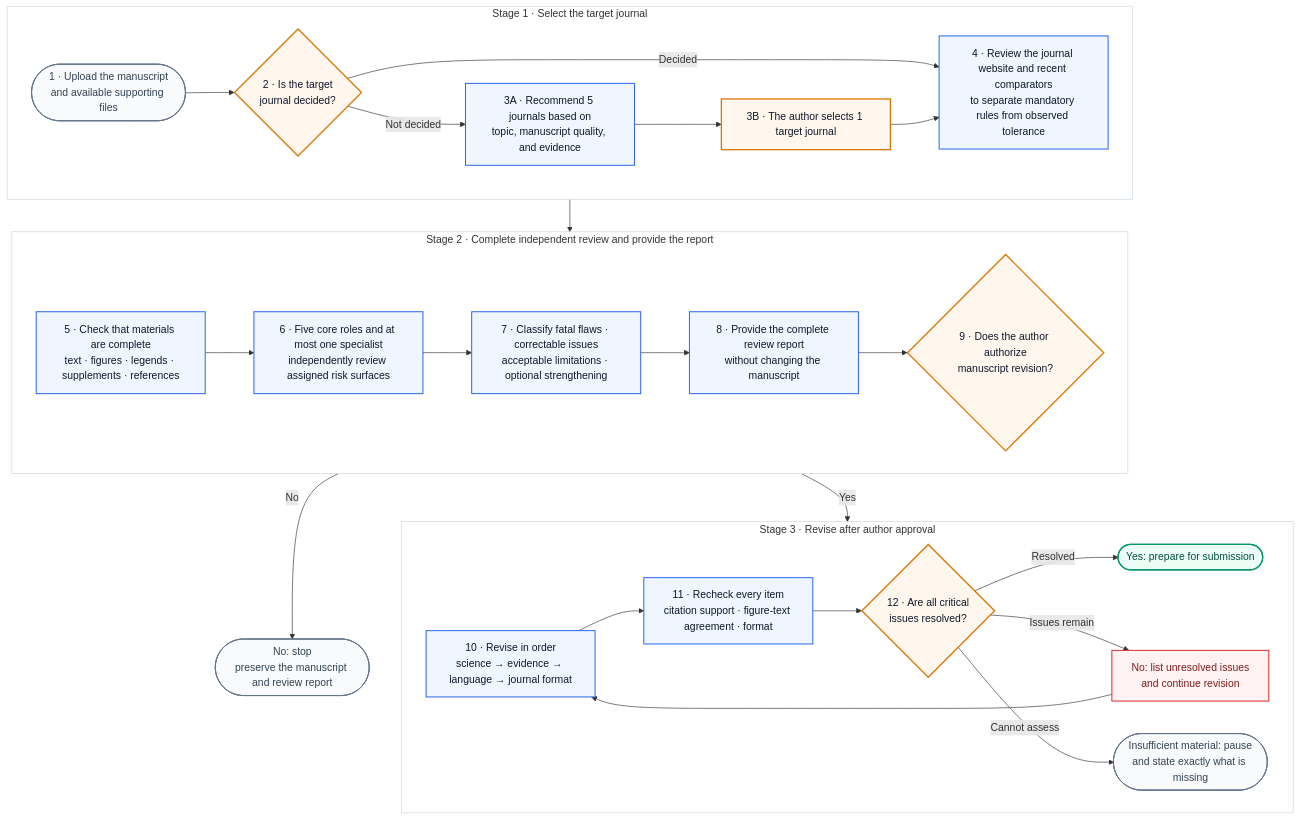
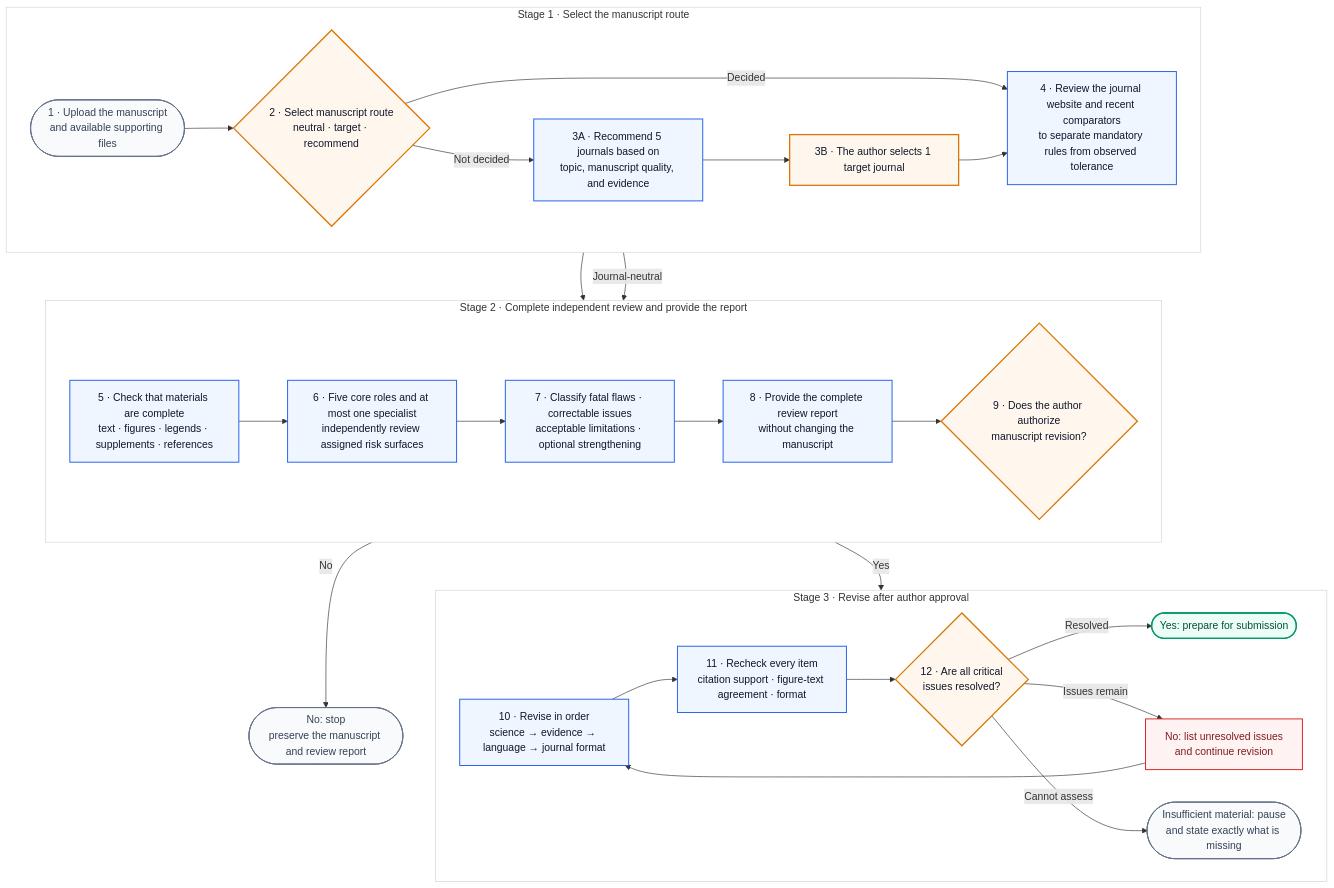
Before and after one commit to Jameslxr/manuscript-review-revision-skill: the diagram in README_EN.md, drawn with Mermaid. The commit also changed other lines of this file and 21 other files, not shown here.

First line of the commit message:
Add journal-neutral manuscript route (#16)

````diff
--- a/README_EN.md
+++ b/README_EN.md
@@ -65,58 +64,59 @@
 ```mermaid
 flowchart TB
     START(["1 · Upload the manuscript<br/>and available supporting files"])
-    TARGET{"2 · Is the target<br/>journal decided?"}
+    TARGET{"2 · Select manuscript route<br/>neutral · target · recommend"}
     REC["3A · Recommend 5 journals based on<br/>topic, manuscript quality, and evidence"]
     PICK["3B · The author selects 1 target journal"]
     RULES["4 · Review the journal website and recent comparators<br/>to separate mandatory rules from observed tolerance"]
     CHECK["5 · Check that materials are complete<br/>text · figures · legends · supplements · references"]
     REVIEW["6 · Five core roles and at most one specialist<br/>independently review assigned risk surfaces"]
     SUMMARY["7 · Classify fatal flaws · correctable issues<br/>acceptable limitations · optional strengthening"]
     REPORT["8 · Provide the complete review report<br/>without changing the manuscript"]
     AUTH{"9 · Does the author authorize<br/>manuscript revision?"}
     STOP(["No: stop<br/>preserve the manuscript and review report"])
     REVISE["10 · Revise in order<br/>science → evidence → language → journal format"]
     VERIFY["11 · Recheck every item<br/>citation support · figure-text agreement · format"]
     READY{"12 · Are all critical<br/>issues resolved?"}
     PASS(["Yes: prepare for submission"])
     RETURN["No: list unresolved issues<br/>and continue revision"]
     MISSING(["Insufficient material: pause<br/>and state exactly what is missing"])
 
-    subgraph S1["Stage 1 · Select the target journal"]
+    subgraph S1["Stage 1 · Select the manuscript route"]
         direction LR
         START --> TARGET
         TARGET -- "Decided" --> RULES
         TARGET -- "Not decided" --> REC --> PICK --> RULES
     end
 
     subgraph S2["Stage 2 · Complete independent review and provide the report"]
         direction LR
         CHECK --> REVIEW --> SUMMARY --> REPORT --> AUTH
     end
 
     subgraph S3["Stage 3 · Revise after author approval"]
         direction LR
         REVISE --> VERIFY --> READY
         READY -- "Resolved" --> PASS
         READY -- "Issues remain" --> RETURN --> REVISE
         READY -- "Cannot assess" --> MISSING
     end
 
     RULES --> CHECK
+    TARGET -- "Journal-neutral" --> CHECK
     AUTH -- "No" --> STOP
     AUTH -- "Yes" --> REVISE
 
     classDef user fill:#FFF7ED,stroke:#D97706,stroke-width:2px,color:#0F172A;
     classDef skill fill:#EFF6FF,stroke:#2563EB,stroke-width:1.5px,color:#0F172A;
     classDef success fill:#ECFDF5,stroke:#059669,stroke-width:2px,color:#064E3B;
     classDef stop fill:#F8FAFC,stroke:#64748B,stroke-width:1.5px,color:#334155;
     classDef problem fill:#FEF2F2,stroke:#DC2626,stroke-width:1.5px,color:#7F1D1D;
     class TARGET,PICK,AUTH,READY user;
     class REC,RULES,CHECK,REVIEW,SUMMARY,REPORT,REVISE,VERIFY skill;
     class PASS success;
     class START,STOP,MISSING stop;
     class RETURN problem;
     style S1 fill:#FFFFFF,stroke:#CBD5E1,stroke-width:1px
     style S2 fill:#FFFFFF,stroke:#CBD5E1,stroke-width:1px
     style S3 fill:#FFFFFF,stroke:#CBD5E1,stroke-width:1px
 ```
````
